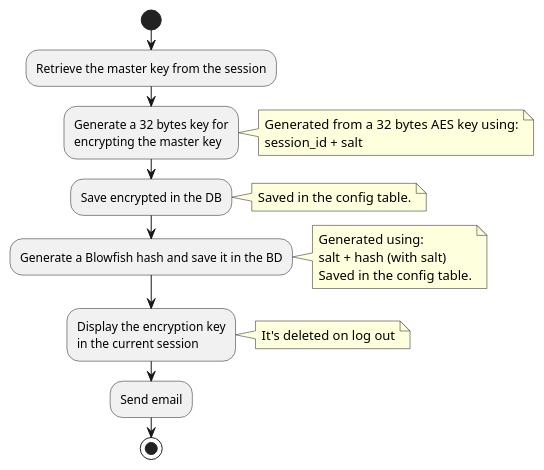
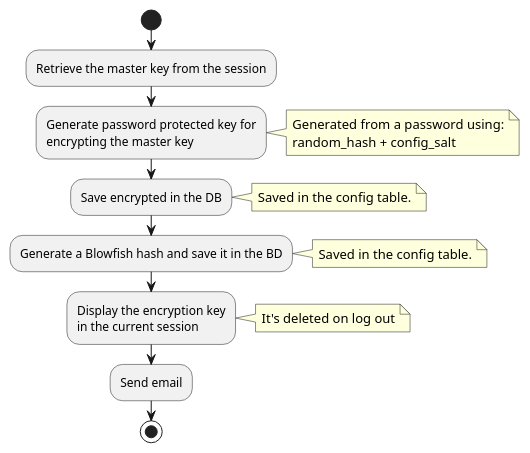
One commit to sysPass/sysPass-doc changed the sixth of 8 diagrams in docs/source/application/encryption.rst. Above: the diagram before and after it, drawn with PlantUML. The commit also changed other lines of this file and 7 other files, not shown here.

```diff
--- a/docs/source/application/encryption.rst
+++ b/docs/source/application/encryption.rst
@@ -293,42 +292,40 @@
   .. uml::
 
     @startuml
 
     start
 
     :Retrieve the master key from the session;
 
-    :Generate a 32 bytes key for
+    :Generate password protected key for
     encrypting the master key;
 
     note right
-      Generated from a 32 bytes AES key using:
-      session_id + salt
+      Generated from a password using:
+      random_hash + config_salt
     end note
 
     :Save encrypted in the DB;
 
     note right
      Saved in the config table.
     end note
 
     :Generate a Blowfish hash and save it in the BD;
 
     note right
-     Generated using:
-     salt + hash (with salt)
      Saved in the config table.
     end note
 
     :Display the encryption key
     in the current session;
 
     note right
      It's deleted on log out
     end note
 
     :Send email;
 
     stop
 
     @enduml
```
